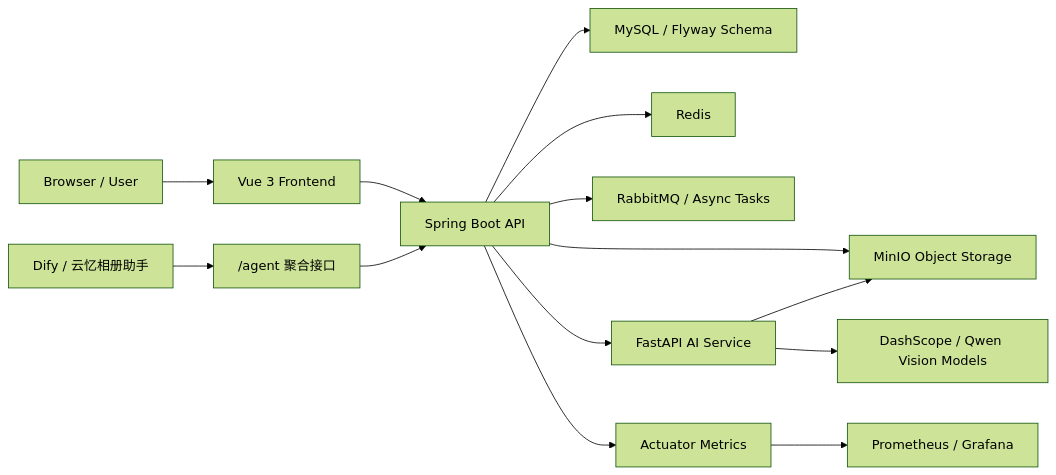
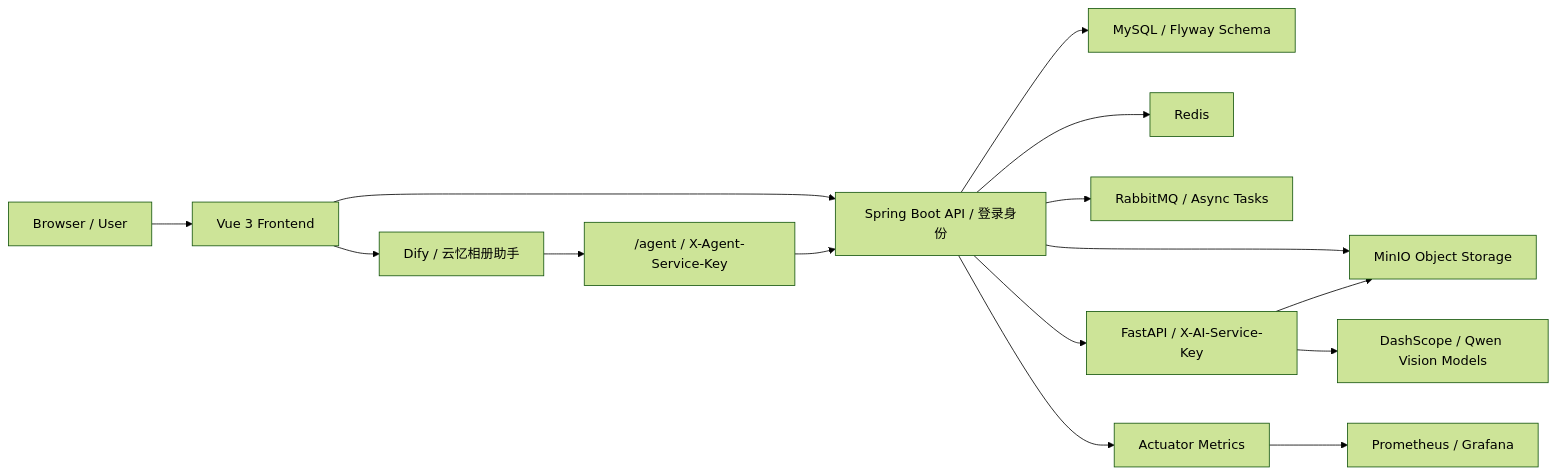
The diagram in README.md (Jasper-xxx/cloud-album-ai), drawn with Mermaid (forest theme) before and after one commit. The commit also changed other lines of this file and 13 other files, not shown here.

````diff
--- a/README.md
+++ b/README.md
@@ -35,16 +38,17 @@
 ```mermaid
 flowchart LR
     User["Browser / User"] --> Frontend["Vue 3 Frontend"]
-    Frontend --> Backend["Spring Boot API"]
-    Agent["Dify / 云忆相册助手"] --> AgentAPI["/agent 聚合接口"]
+    Frontend --> Backend["Spring Boot API / 登录身份"]
+    Frontend --> Agent["Dify / 云忆相册助手"]
+    Agent --> AgentAPI["/agent / X-Agent-Service-Key"]
     AgentAPI --> Backend
     Backend --> MySQL["MySQL / Flyway Schema"]
     Backend --> Redis["Redis"]
     Backend --> MinIO["MinIO Object Storage"]
     Backend --> MQ["RabbitMQ / Async Tasks"]
-    Backend --> AI["FastAPI AI Service"]
+    Backend --> AI["FastAPI / X-AI-Service-Key"]
     AI --> MinIO
     AI --> DashScope["DashScope / Qwen Vision Models"]
     Backend --> Metrics["Actuator Metrics"]
     Metrics --> Prometheus["Prometheus / Grafana"]
 ```
````
